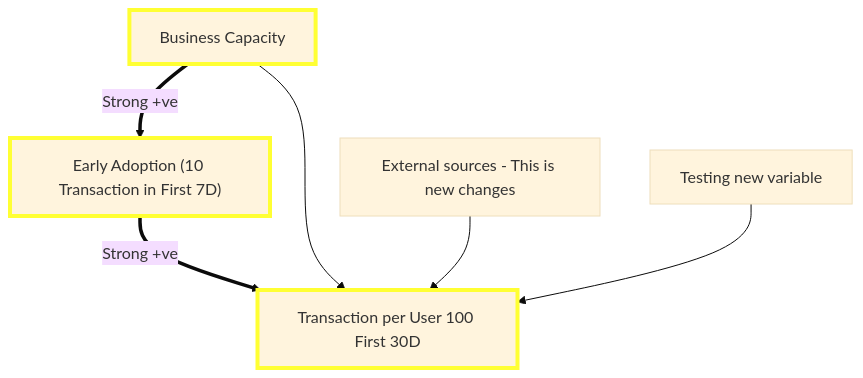
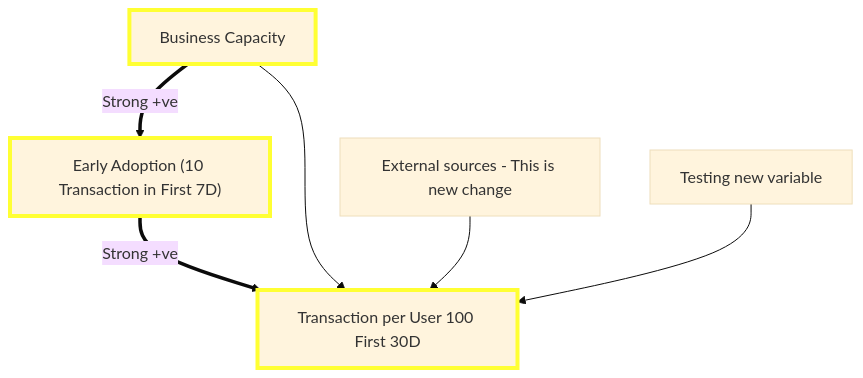
One commit to eralddavid/causal-diagram-test changed the diagram in causal_model.md. Above: the diagram before and after it, drawn with Mermaid (base theme). The commit also changed 1 other file, not shown here.

Commit message:
I think this is final change

````diff
--- a/causal_model.md
+++ b/causal_model.md
@@ -1,17 +1,17 @@
 ```mermaid
 graph TD
     A["Early Adoption (10 Transaction in First 7D)"]
     B["Business Capacity"]
-    C["External sources - This is new changes"]
+    C["External sources - This is new change"]
     D["Transaction per User 100 First 30D"]
     E["Testing new variable"]
 
     B ==>|Strong +ve| A
     A ==>|Strong +ve| D
     B --> D
     C --> D
     E --> D
 
     classDef strongRelation stroke:#ff3,stroke-width:4px;
     class A,B,D strongRelation;
 ```
````
